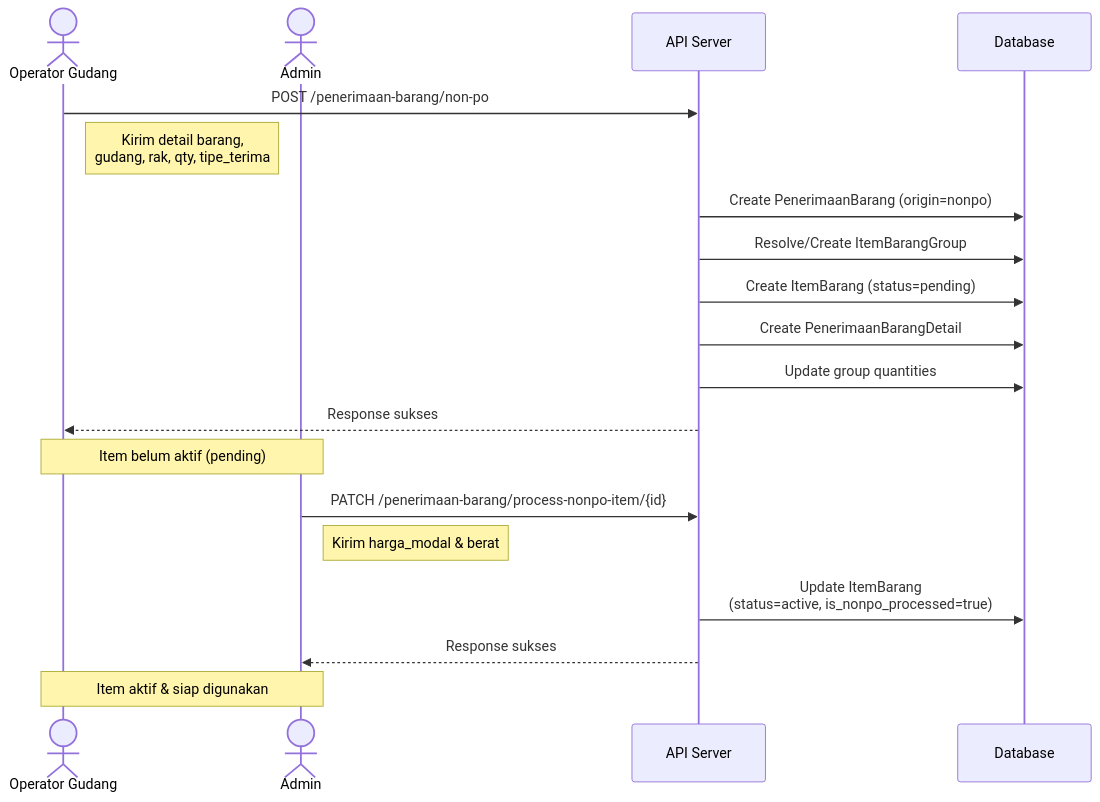
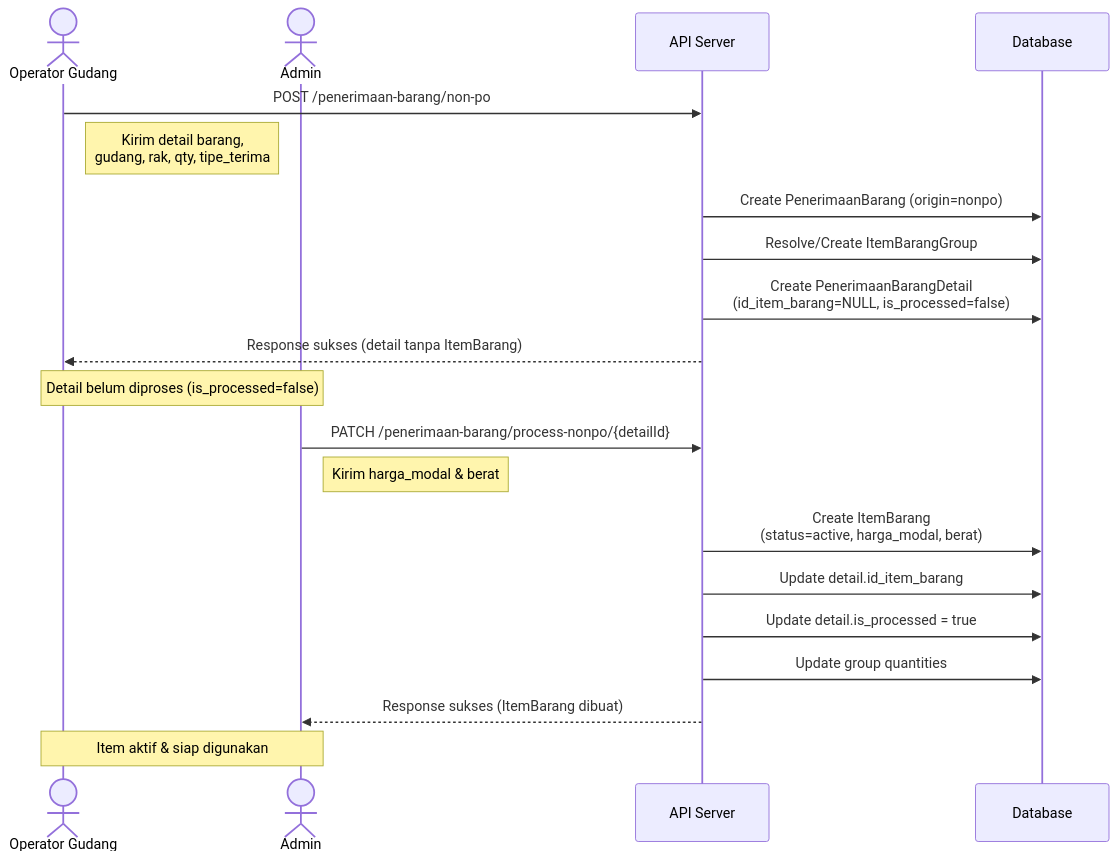
One commit to Randykhengdy/SHN-FE changed the third of 3 diagrams in docs/penerimaanbarang_nonpo.md. Above: the diagram before and after it, drawn with Mermaid. The commit also changed other lines of this file and 2 other files, not shown here.

Commit message:
temp terima barang non po approval

````diff
--- a/docs/penerimaanbarang_nonpo.md
+++ b/docs/penerimaanbarang_nonpo.md
@@ -331,25 +344,26 @@
 ```mermaid
 sequenceDiagram
     actor User as Operator Gudang
     actor Admin as Admin
     participant API as API Server
     participant DB as Database
 
     User->>API: POST /penerimaan-barang/non-po
     Note right of User: Kirim detail barang,<br/>gudang, rak, qty, tipe_terima
     API->>DB: Create PenerimaanBarang (origin=nonpo)
     API->>DB: Resolve/Create ItemBarangGroup
-    API->>DB: Create ItemBarang (status=pending)
-    API->>DB: Create PenerimaanBarangDetail
+    API->>DB: Create PenerimaanBarangDetail<br/>(id_item_barang=NULL, is_processed=false)
+    API-->>User: Response sukses (detail tanpa ItemBarang)
+
+    Note over User,Admin: Detail belum diproses (is_processed=false)
+
+    Admin->>API: PATCH /penerimaan-barang/process-nonpo/{detailId}
+    Note right of Admin: Kirim harga_modal & berat
+    API->>DB: Create ItemBarang<br/>(status=active, harga_modal, berat)
+    API->>DB: Update detail.id_item_barang
+    API->>DB: Update detail.is_processed = true
     API->>DB: Update group quantities
-    API-->>User: Response sukses
-
-    Note over User,Admin: Item belum aktif (pending)
-
-    Admin->>API: PATCH /penerimaan-barang/process-nonpo-item/{id}
-    Note right of Admin: Kirim harga_modal & berat
-    API->>DB: Update ItemBarang<br/>(status=active, is_nonpo_processed=true)
-    API-->>Admin: Response sukses
+    API-->>Admin: Response sukses (ItemBarang dibuat)
 
     Note over User,Admin: Item aktif & siap digunakan
 ```
````
